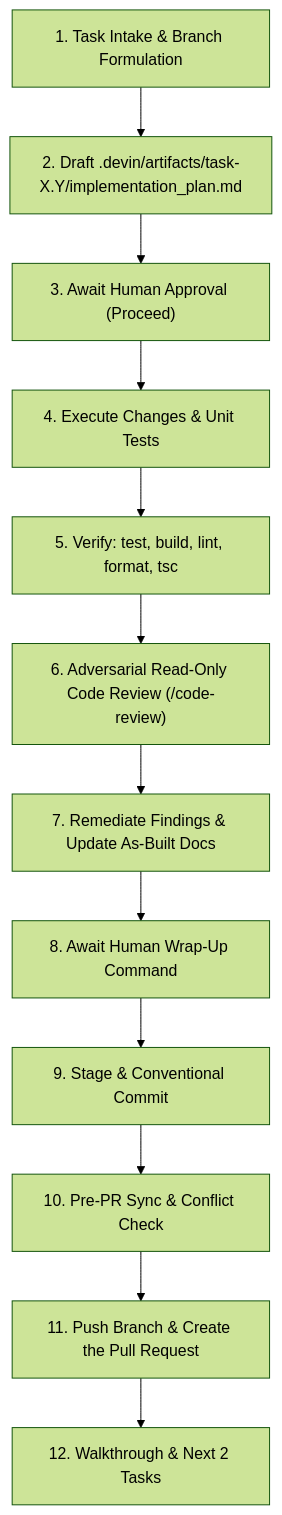
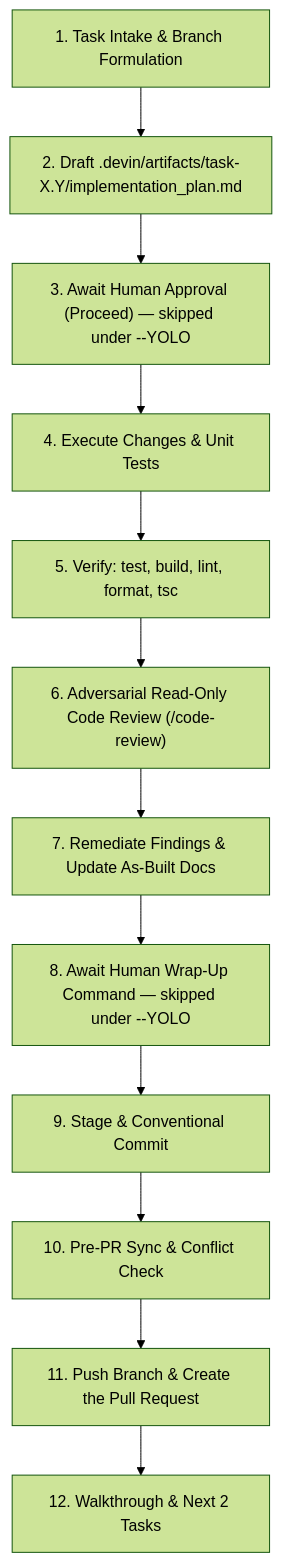
Before and after one commit to carlosjosemm/pronto-insumos: the diagram in .agents/skills/parallel-worktree-workflow/SKILL.md, drawn with Mermaid (forest theme). The commit also changed other lines of this file and 1 other file, not shown here.

````diff
--- a/.agents/skills/parallel-worktree-workflow/SKILL.md
+++ b/.agents/skills/parallel-worktree-workflow/SKILL.md
@@ -21,14 +23,14 @@
 ```mermaid
 flowchart TD
     A["1. Task Intake & Branch Formulation"] --> B["2. Draft .devin/artifacts/task-X.Y/implementation_plan.md"]
-    B --> C["3. Await Human Approval (Proceed)"]
+    B --> C["3. Await Human Approval (Proceed) — skipped under --YOLO"]
     C --> D["4. Execute Changes & Unit Tests"]
     D --> E["5. Verify: test, build, lint, format, tsc"]
     E --> F["6. Adversarial Read-Only Code Review (/code-review)"]
     F --> G["7. Remediate Findings & Update As-Built Docs"]
-    G --> H["8. Await Human Wrap-Up Command"]
+    G --> H["8. Await Human Wrap-Up Command — skipped under --YOLO"]
     H --> I["9. Stage & Conventional Commit"]
     I --> J["10. Pre-PR Sync & Conflict Check"]
     J --> K["11. Push Branch & Create the Pull Request"]
     K --> L["12. Walkthrough & Next 2 Tasks"]
 ```
````
